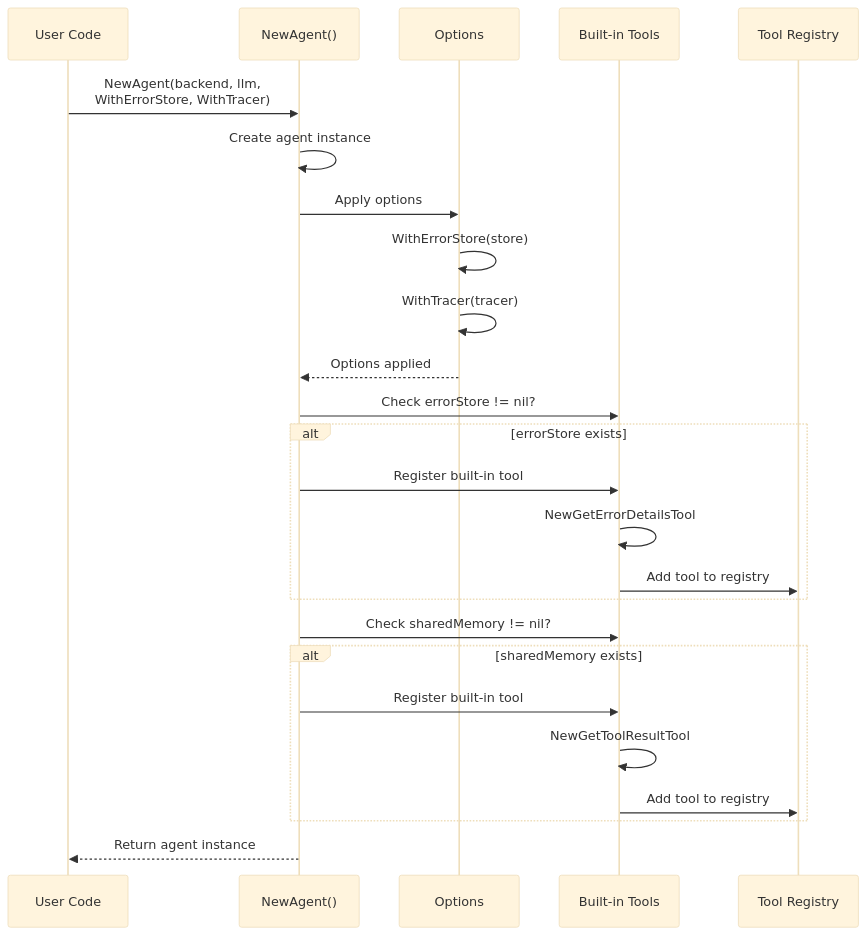
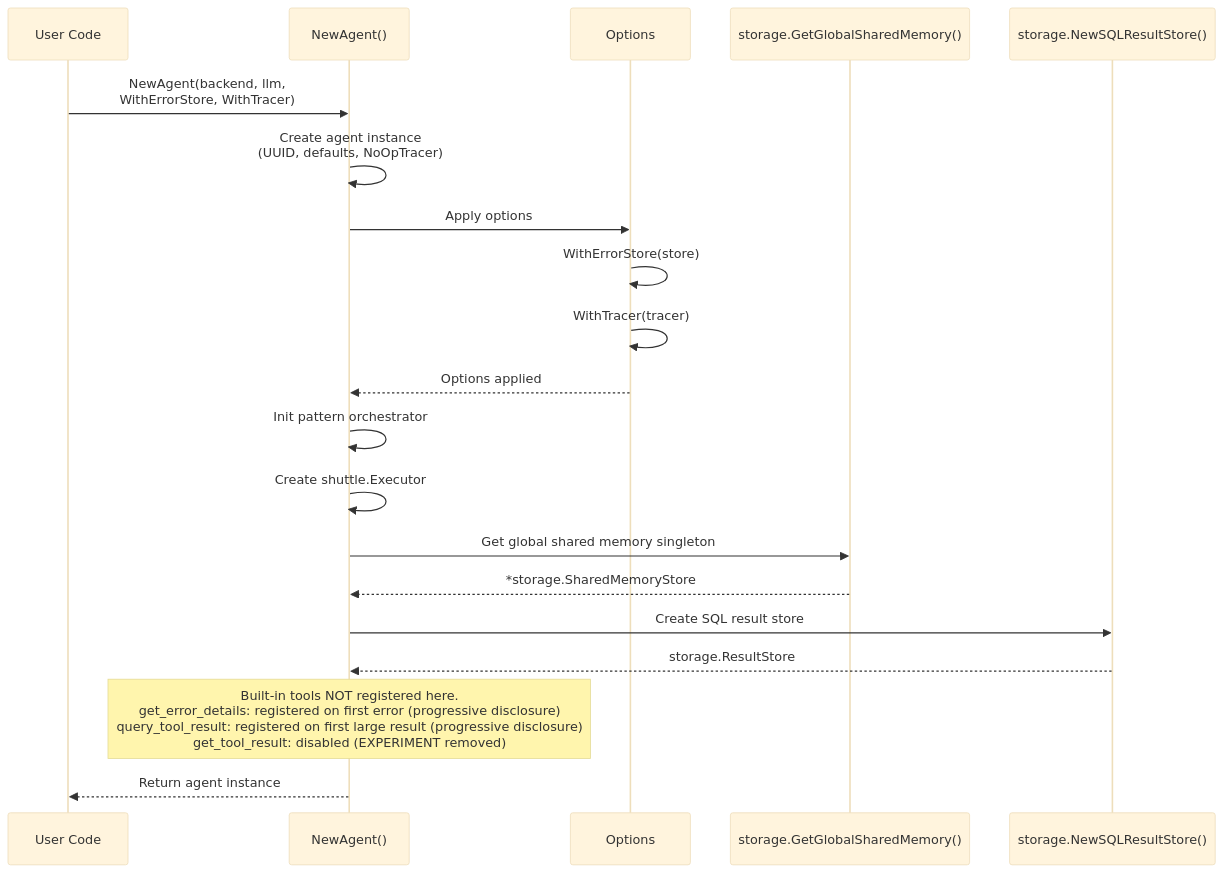
The third of 6 diagrams in docs/architecture/agent-runtime.md (teradata-labs/loom), drawn with Mermaid (base theme) before and after one commit. The commit also changed other lines of this file and 151 other files, not shown here.

First line of the commit message:
feat: salience-driven graph memory system (#133)

````diff
--- a/docs/architecture/agent-runtime.md
+++ b/docs/architecture/agent-runtime.md
@@ -597,31 +636,26 @@
 ```mermaid
 sequenceDiagram
     participant User as User Code
     participant NewAgent as NewAgent()
     participant Options as Options
-    participant Tools as Built-in Tools
-    participant Registry as Tool Registry
+    participant Storage as storage.GetGlobalSharedMemory()
+    participant SQL as storage.NewSQLResultStore()
 
     User->>NewAgent: NewAgent(backend, llm,<br/>WithErrorStore, WithTracer)
-    NewAgent->>NewAgent: Create agent instance
+    NewAgent->>NewAgent: Create agent instance<br/>(UUID, defaults, NoOpTracer)
     NewAgent->>Options: Apply options
     Options->>Options: WithErrorStore(store)
     Options->>Options: WithTracer(tracer)
     Options-->>NewAgent: Options applied
 
-    NewAgent->>Tools: Check errorStore != nil?
-    alt errorStore exists
-        NewAgent->>Tools: Register built-in tool
-        Tools->>Tools: NewGetErrorDetailsTool
-        Tools->>Registry: Add tool to registry
-    end
+    NewAgent->>NewAgent: Init pattern orchestrator
+    NewAgent->>NewAgent: Create shuttle.Executor
+    NewAgent->>Storage: Get global shared memory singleton
+    Storage-->>NewAgent: *storage.SharedMemoryStore
+    NewAgent->>SQL: Create SQL result store
+    SQL-->>NewAgent: storage.ResultStore
 
-    NewAgent->>Tools: Check sharedMemory != nil?
-    alt sharedMemory exists
-        NewAgent->>Tools: Register built-in tool
-        Tools->>Tools: NewGetToolResultTool
-        Tools->>Registry: Add tool to registry
-    end
+    Note over NewAgent: Built-in tools NOT registered here.<br/>get_error_details: registered on first error (progressive disclosure)<br/>query_tool_result: registered on first large result (progressive disclosure)<br/>get_tool_result: disabled (EXPERIMENT removed)
 
     NewAgent-->>User: Return agent instance
 ```
````
